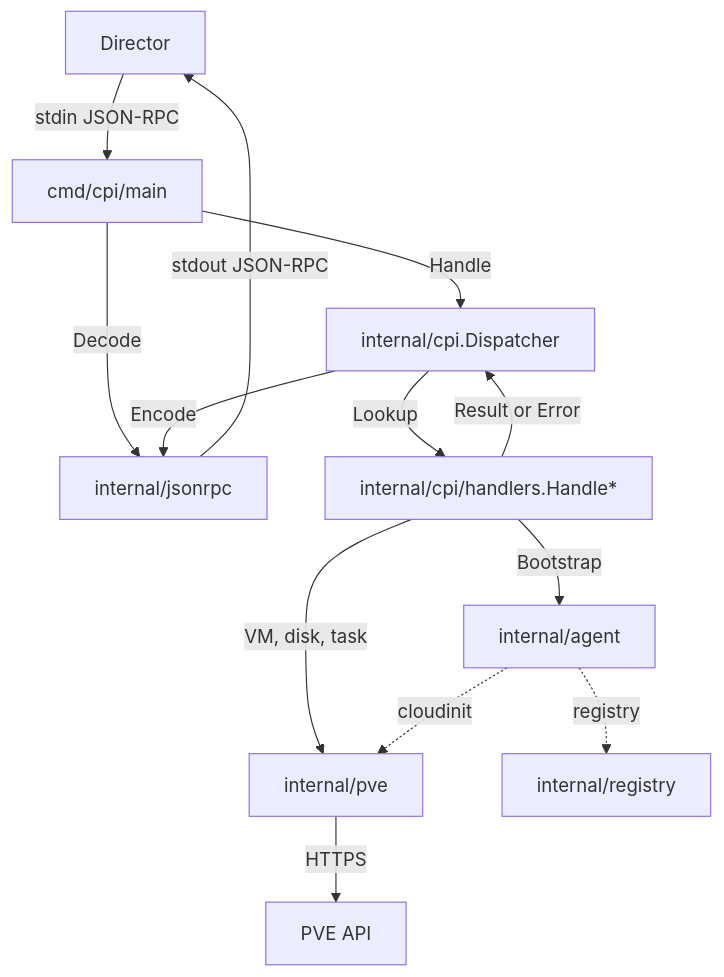
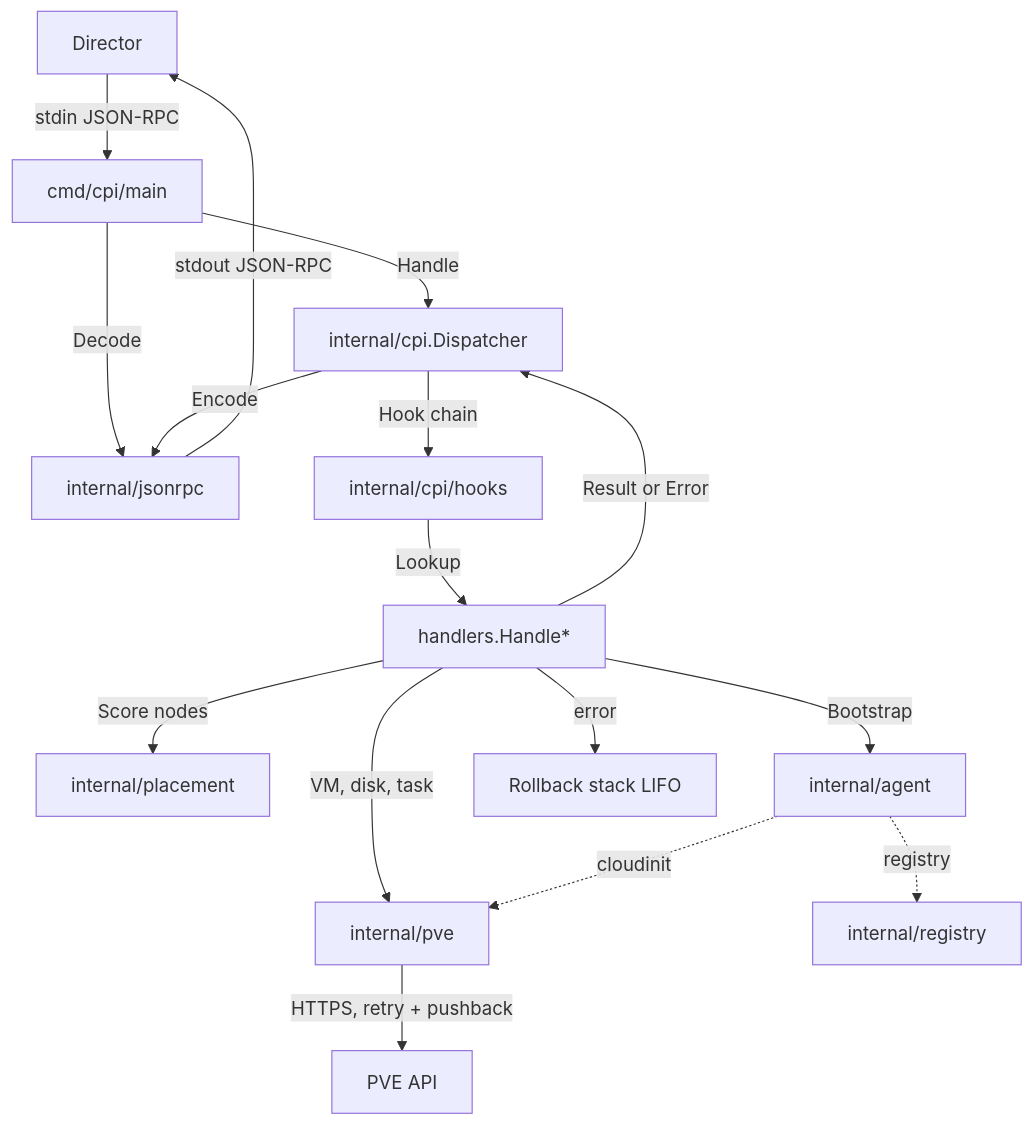
Before and after one commit to fivetwenty-io/bosh-proxmox-cpi-release: the second of 3 diagrams in docs/architecture.md, drawn with Mermaid. The commit also changed other lines of this file and 1 other file, not shown here.

First line of the commit message:
Rewrite architecture doc to match current codebase

````diff
--- a/docs/architecture.md
+++ b/docs/architecture.md
@@ -51,15 +134,18 @@
 ```mermaid
 graph TD
     Director -->|stdin JSON-RPC| Main[cmd/cpi/main]
     Main -->|Decode| RPC[internal/jsonrpc]
     Main -->|Handle| Dispatcher[internal/cpi.Dispatcher]
-    Dispatcher -->|Lookup| Handler[internal/cpi/handlers.Handle*]
+    Dispatcher -->|Hook chain| Hooks[internal/cpi/hooks]
+    Hooks -->|Lookup| Handler[handlers.Handle*]
+    Handler -->|Score nodes| Placement[internal/placement]
     Handler -->|VM, disk, task| PVE[internal/pve]
     Handler -->|Bootstrap| Agent[internal/agent]
-    PVE -->|HTTPS| API[PVE API]
+    PVE -->|HTTPS, retry + pushback| API[PVE API]
     Agent -.->|cloudinit| PVE
     Agent -.->|registry| Registry[internal/registry]
+    Handler -->|error| Rollback[Rollback stack LIFO]
     Handler -->|Result or Error| Dispatcher
     Dispatcher -->|Encode| RPC
     RPC -->|stdout JSON-RPC| Director
 ```
````
